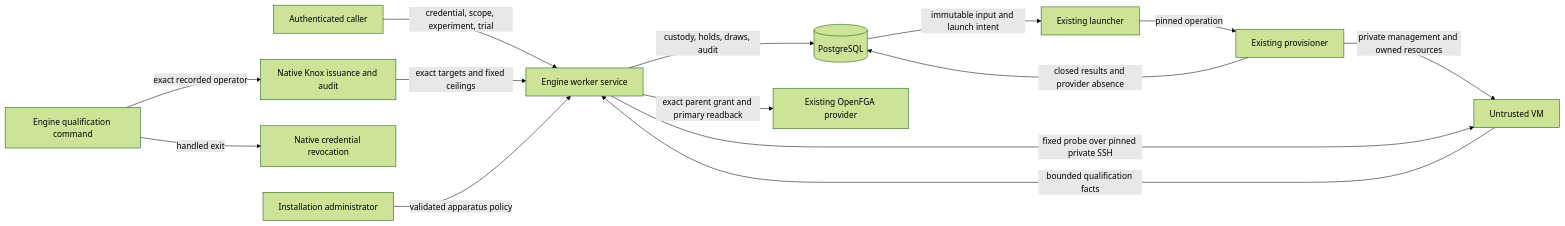
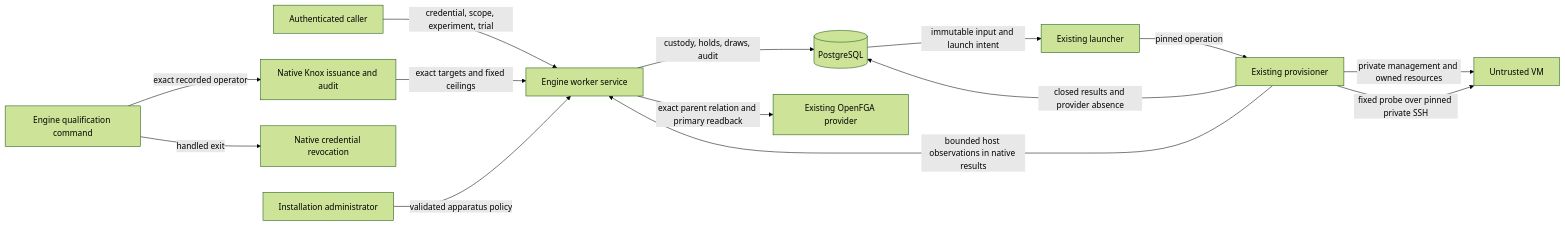
One commit to OpenRAE/bigrae changed the diagram in docs/technical/shifter_platform/disposable-workers.md. Above: the diagram before and after it, drawn with Mermaid (forest theme). The commit also changed other lines of this file and 29 other files, not shown here.

Commit message:
fix(engine): keep worker host probes inside the provisioner

````diff
--- a/docs/technical/shifter_platform/disposable-workers.md
+++ b/docs/technical/shifter_platform/disposable-workers.md
@@ -104,16 +111,16 @@
 ```mermaid
 flowchart LR
     Caller[Authenticated caller] -->|credential, scope, experiment, trial| Engine[Engine worker service]
     Command[Engine qualification command] -->|exact recorded operator| Management[Native Knox issuance and audit]
     Management -->|exact targets and fixed ceilings| Engine
     Command -->|handled exit| Revoke[Native credential revocation]
     Admin[Installation administrator] -->|validated apparatus policy| Engine
     Engine -->|custody, holds, draws, audit| DB[(PostgreSQL)]
-    Engine -->|exact parent grant and primary readback| Policy[Existing OpenFGA provider]
+    Engine -->|exact parent relation and primary readback| Policy[Existing OpenFGA provider]
     DB -->|immutable input and launch intent| Launcher[Existing launcher]
     Launcher -->|pinned operation| Provisioner[Existing provisioner]
     Provisioner -->|private management and owned resources| VM[Untrusted VM]
     Provisioner -->|closed results and provider absence| DB
-    Engine -->|fixed probe over pinned private SSH| VM
-    VM -->|bounded qualification facts| Engine
+    Provisioner -->|fixed probe over pinned private SSH| VM
+    Provisioner -->|bounded host observations in native results| Engine
 ```
````
